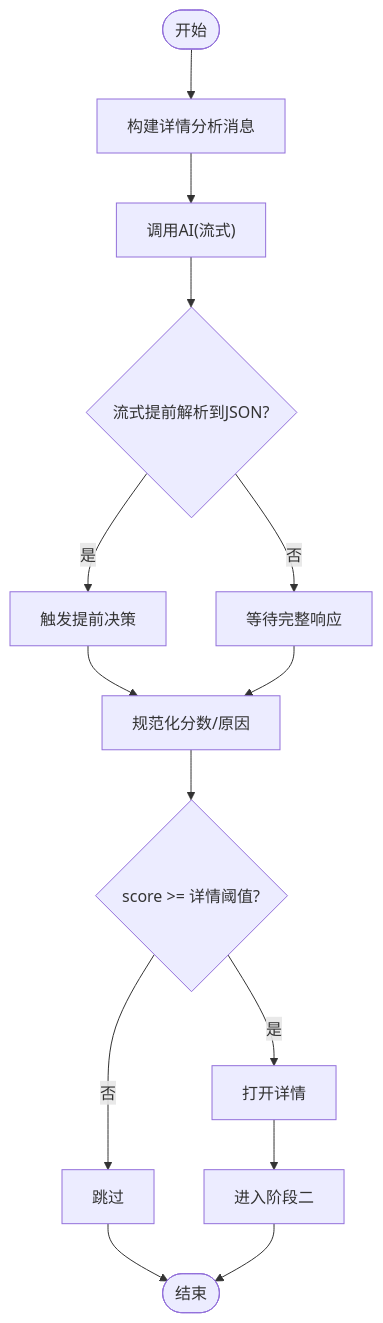
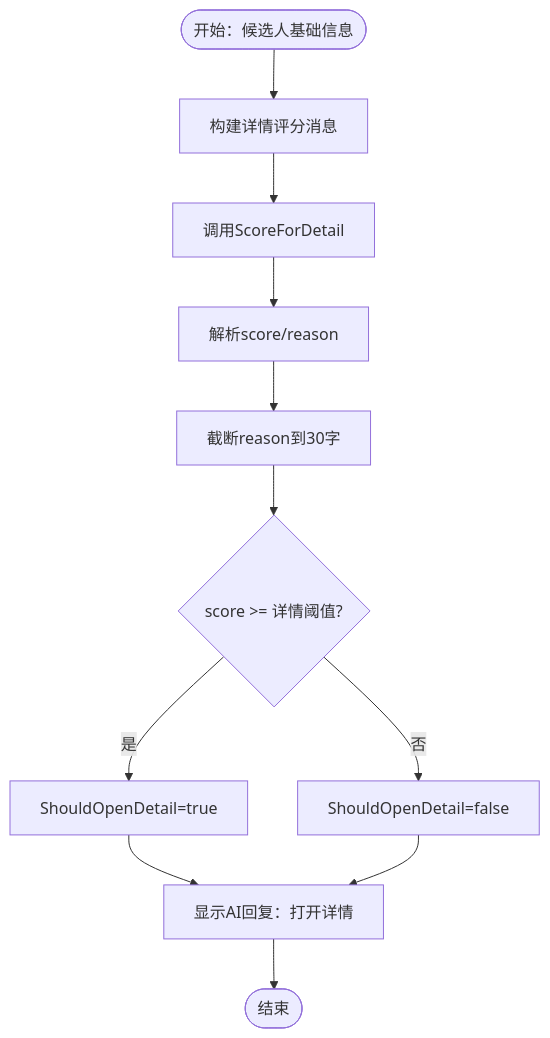
The third of 9 diagrams in .qoder/repowiki/zh/content/云端后端服务/候选人处理系统/AI匹配评分/AI评分算法.md (alvinwangzi/goodhr), drawn with Mermaid before and after one commit. The commit also changed other lines of this file and 149 other files, not shown here.

````diff
--- a/.qoder/repowiki/zh/content/云端后端服务/候选人处理系统/AI匹配评分/AI评分算法.md
+++ b/.qoder/repowiki/zh/content/云端后端服务/候选人处理系统/AI匹配评分/AI评分算法.md
@@ -153,16 +160,13 @@
 ```mermaid
 flowchart TD
-Start(["开始"]) --> BuildMsg["构建详情分析消息"]
-BuildMsg --> CallAI["调用AI(流式)"]
-CallAI --> Early{"流式提前解析到JSON?"}
-Early --> |是| EarlyDec["触发提前决策"]
-Early --> |否| WaitEnd["等待完整响应"]
-EarlyDec --> Normalize["规范化分数/原因"]
-WaitEnd --> Normalize
-Normalize --> Compare{"score >= 详情阈值?"}
-Compare --> |是| OpenDetail["打开详情"]
-Compare --> |否| Skip["跳过"]
-OpenDetail --> Next["进入阶段二"]
-Skip --> End(["结束"])
-Next --> End
+Start(["开始：候选人基础信息"]) --> BuildMsg["构建详情评分消息"]
+BuildMsg --> CallAI["调用ScoreForDetail"]
+CallAI --> ParseJSON["解析score/reason"]
+ParseJSON --> ClampReason["截断reason到30字"]
+ClampReason --> CompareThreshold{"score >= 详情阈值?"}
+CompareThreshold --> |是| OpenDetail["ShouldOpenDetail=true"]
+CompareThreshold --> |否| SkipDetail["ShouldOpenDetail=false"]
+OpenDetail --> ShowOverlay["显示AI回复：打开详情"]
+SkipDetail --> ShowOverlay
+ShowOverlay --> End(["结束"])
 ```
````
